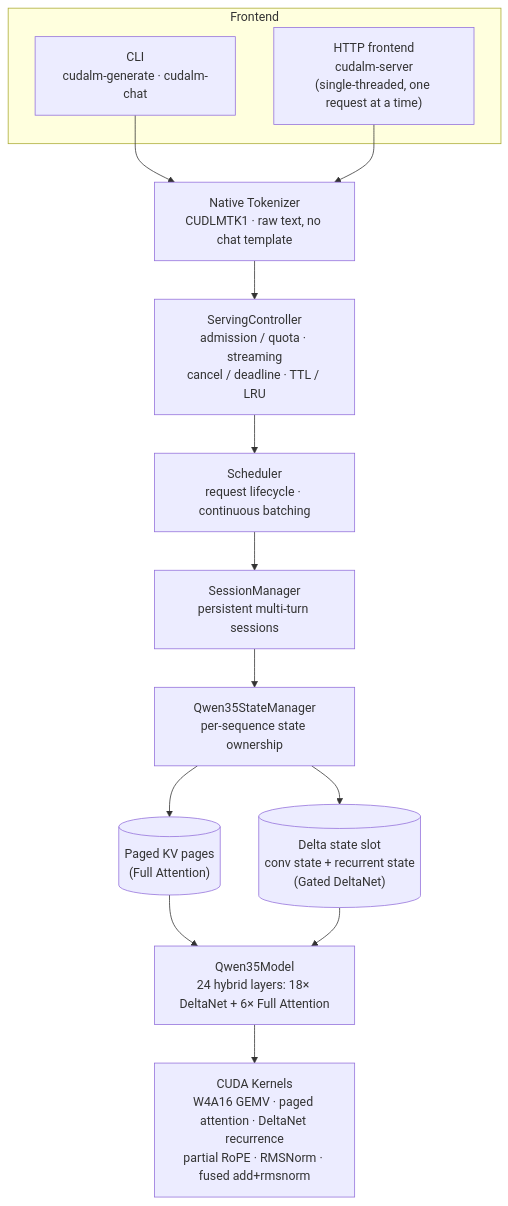
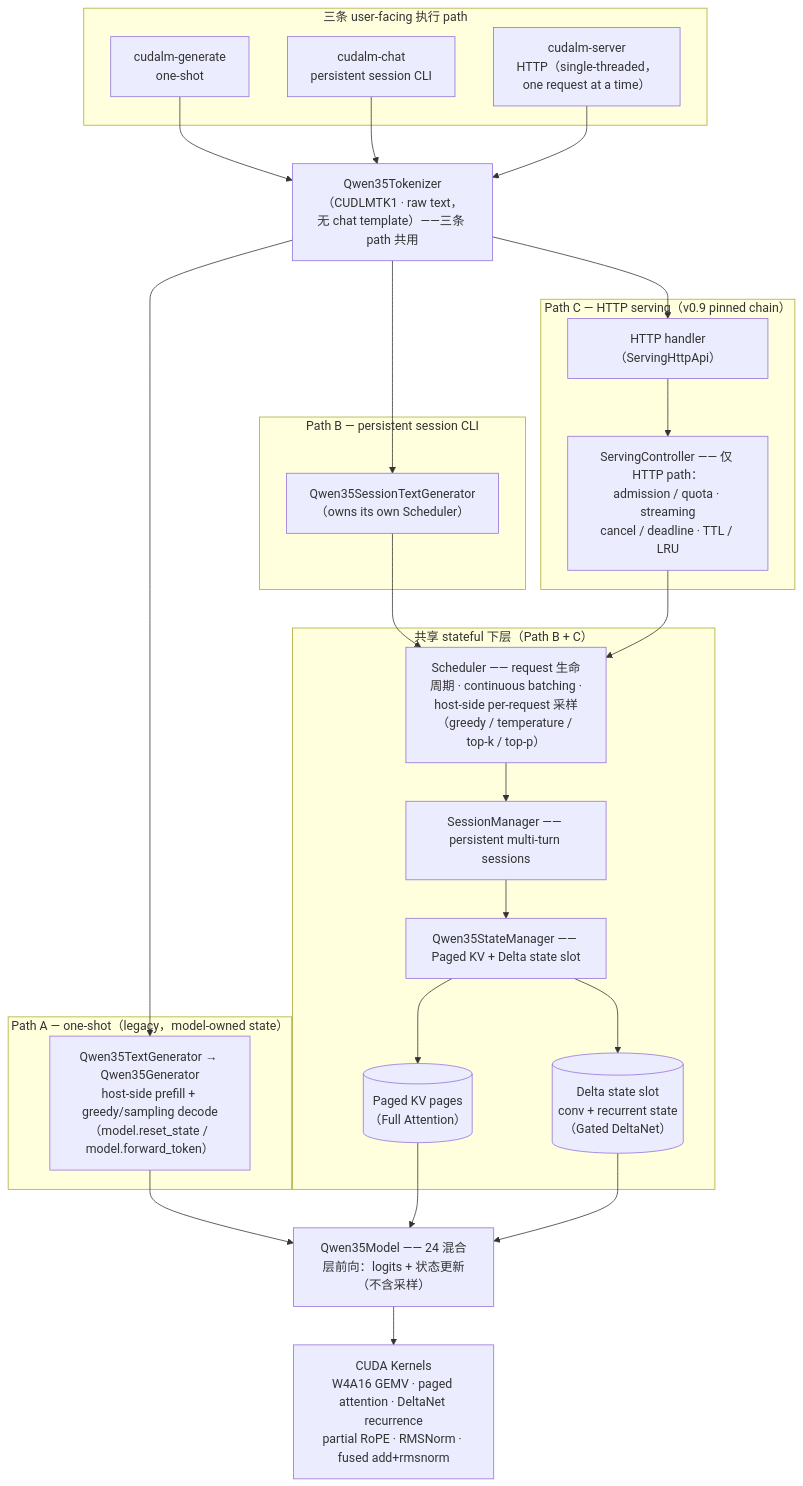
One commit to trump253/cudalm-agent changed the diagram in README.md. Above: the diagram before and after it, drawn with Mermaid. The commit also changed other lines of this file and 4 other files, not shown here.

````diff
--- a/README.md
+++ b/README.md
@@ -70,28 +75,52 @@
 ```mermaid
 flowchart TD
-    subgraph Frontend
-        CLI["CLI<br/>cudalm-generate · cudalm-chat"]
-        HTTP["HTTP frontend<br/>cudalm-server<br/>(single-threaded, one request at a time)"]
+    subgraph F["三条 user-facing 执行 path"]
+        A["cudalm-generate<br/>one-shot"]
+        B["cudalm-chat<br/>persistent session CLI"]
+        C["cudalm-server<br/>HTTP（single-threaded，<br/>one request at a time）"]
     end
-    TOK["Native Tokenizer<br/>CUDLMTK1 · raw text, no chat template"]
-    SC["ServingController<br/>admission / quota · streaming<br/>cancel / deadline · TTL / LRU"]
-    SCH["Scheduler<br/>request lifecycle · continuous batching"]
-    SM["SessionManager<br/>persistent multi-turn sessions"]
-    ST["Qwen35StateManager<br/>per-sequence state ownership"]
-    KV[("Paged KV pages<br/>(Full Attention)")]
-    DS[("Delta state slot<br/>conv state + recurrent state<br/>(Gated DeltaNet)")]
-    MDL["Qwen35Model<br/>24 hybrid layers: 18× DeltaNet + 6× Full Attention"]
+    TOK["Qwen35Tokenizer（CUDLMTK1 · raw text，无 chat template）——三条 path 共用"]
+
+    A --> TOK
+    B --> TOK
+    C --> TOK
+
+    subgraph PA["Path A — one-shot（legacy，model-owned state）"]
+        TG["Qwen35TextGenerator → Qwen35Generator<br/>host-side prefill + greedy/sampling decode<br/>（model.reset_state / model.forward_token）"]
+    end
+
+    subgraph PB["Path B — persistent session CLI"]
+        STG["Qwen35SessionTextGenerator<br/>（owns its own Scheduler）"]
+    end
+
+    subgraph PC["Path C — HTTP serving（v0.9 pinned chain）"]
+        HPA["HTTP handler（ServingHttpApi）"]
+        SC["ServingController —— 仅 HTTP path：<br/>admission / quota · streaming<br/>cancel / deadline · TTL / LRU"]
+        HPA --> SC
+    end
+
+    subgraph SL["共享 stateful 下层（Path B + C）"]
+        SCH["Scheduler —— request 生命周期 · continuous batching ·<br/>host-side per-request 采样（greedy / temperature / top-k / top-p）"]
+        SM["SessionManager —— persistent multi-turn sessions"]
+        ST["Qwen35StateManager —— Paged KV + Delta state slot"]
+        KV[("Paged KV pages<br/>（Full Attention）")]
+        DS[("Delta state slot<br/>conv + recurrent state<br/>（Gated DeltaNet）")]
+        SCH --> SM
+        SM --> ST
+        ST --> KV
+        ST --> DS
+    end
+
+    MDL["Qwen35Model —— 24 混合层前向：logits + 状态更新（不含采样）"]
     KER["CUDA Kernels<br/>W4A16 GEMV · paged attention · DeltaNet recurrence<br/>partial RoPE · RMSNorm · fused add+rmsnorm"]
 
-    CLI --> TOK
-    HTTP --> TOK
-    TOK --> SC
+    TOK --> TG
+    TOK --> STG
+    TOK --> HPA
+    TG --> MDL
+    STG --> SCH
     SC --> SCH
-    SCH --> SM
-    SM --> ST
-    ST --> KV
-    ST --> DS
     KV --> MDL
     DS --> MDL
     MDL --> KER
 ```
````
